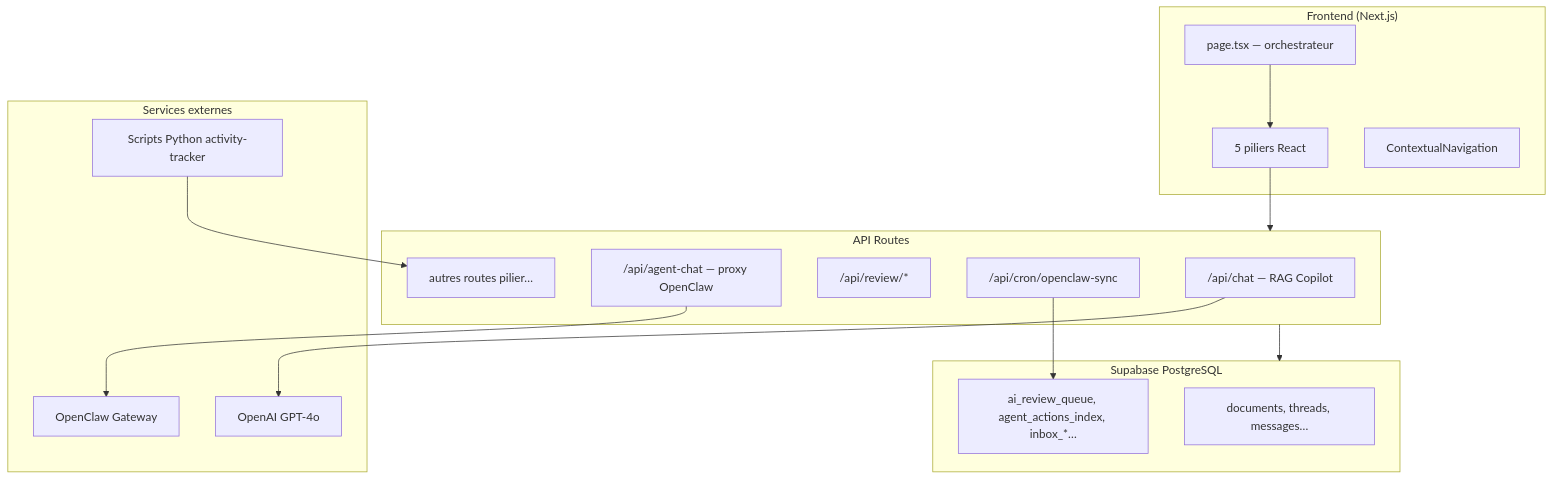
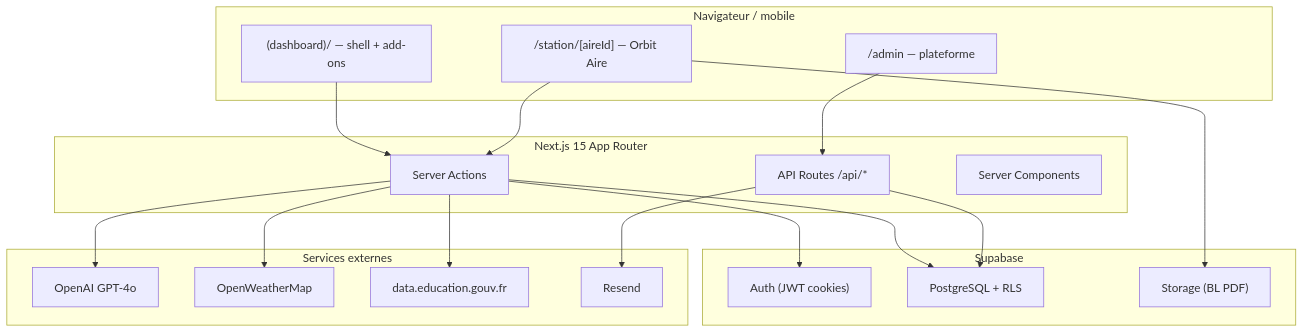
One commit to AlphaSysAI/orbitai changed the first of 2 diagrams in README.md. Above: the diagram before and after it, drawn with Mermaid. The commit also changed other lines of this file and 108 other files, not shown here.

First line of the commit message:
Socle partagé OrbitAll : renommage produit, sécurité, mobile, base commune.

````diff
--- a/README.md
+++ b/README.md
@@ -45,35 +59,39 @@
 ```mermaid
 flowchart TB
-  subgraph UI["Frontend (Next.js)"]
-    Page["page.tsx — orchestrateur"]
-    Pillars["5 piliers React"]
-    Nav["ContextualNavigation"]
+  subgraph Clients["Navigateur / mobile"]
+    Dash["(dashboard)/ — shell + add-ons"]
+    Station["/station/[aireId] — Orbit Aire"]
+    Admin["/admin — plateforme"]
   end
 
-  subgraph API["API Routes"]
-    Chat["/api/chat — RAG Copilot"]
-    AgentChat["/api/agent-chat — proxy OpenClaw"]
-    Validation["/api/review/*"]
-    Cron["/api/cron/openclaw-sync"]
-    Other["autres routes pilier…"]
+  subgraph Next["Next.js 15 App Router"]
+    SA["Server Actions"]
+    API["API Routes /api/*"]
+    RSC["Server Components"]
   end
 
-  subgraph Data["Supabase PostgreSQL"]
-    Core["documents, threads, messages…"]
-    OpenClaw["ai_review_queue, agent_actions_index, inbox_*…"]
+  subgraph Supa["Supabase"]
+    Auth["Auth (JWT cookies)"]
+    PG["PostgreSQL + RLS"]
+    Store["Storage (BL PDF)"]
   end
 
-  subgraph External["Services externes"]
+  subgraph Ext["Services externes"]
     OpenAI["OpenAI GPT-4o"]
-    OpenClawGW["OpenClaw Gateway"]
-    Tracker["Scripts Python activity-tracker"]
+    OWM["OpenWeatherMap"]
+    Edu["data.education.gouv.fr"]
+    Resend["Resend"]
   end
 
-  Page --> Pillars
-  Pillars --> API
-  API --> Data
-  Chat --> OpenAI
-  AgentChat --> OpenClawGW
-  Cron --> OpenClaw
-  Tracker --> Other
+  Dash --> SA
+  Station --> SA
+  Admin --> API
+  SA --> PG
+  API --> PG
+  SA --> Auth
+  Station --> Store
+  SA --> OpenAI
+  SA --> OWM
+  SA --> Edu
+  API --> Resend
 ```
````
